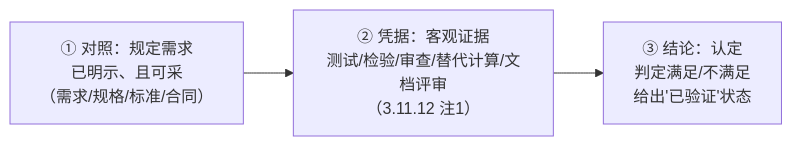
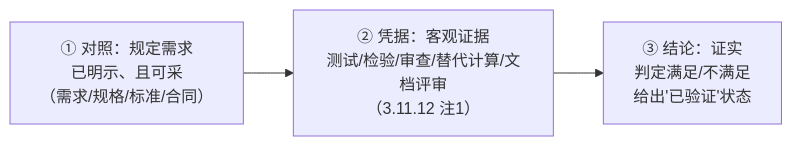
Diagram 20 of 21 in 100-subprojects/01-系统工程研究/00-系统工程相关研究报告/03-评审概念研究报告-从评审定义到需求管理.md (Yongjunzhou/AOS-system-design), drawn with Mermaid before and after one commit. The commit also changed other lines of this file and 11 other files, not shown here.

````diff
--- a/100-subprojects/01-系统工程研究/00-系统工程相关研究报告/03-评审概念研究报告-从评审定义到需求管理.md
+++ b/100-subprojects/01-系统工程研究/00-系统工程相关研究报告/03-评审概念研究报告-从评审定义到需求管理.md
@@ -811,4 +812,4 @@
 ```mermaid
 flowchart LR
-    A["① 对照：规定需求<br/>已明示、且可采<br/>（需求/规格/标准/合同）"] --> B["② 凭据：客观证据<br/>测试/检验/审查/替代计算/文档评审<br/>（3.11.12 注1）"] --> C["③ 结论：认定<br/>判定满足/不满足<br/>给出'已验证'状态"]
+    A["① 对照：规定需求<br/>已明示、且可采<br/>（需求/规格/标准/合同）"] --> B["② 凭据：客观证据<br/>测试/检验/审查/替代计算/文档评审<br/>（3.11.12 注1）"] --> C["③ 结论：证实<br/>判定满足/不满足<br/>给出'已验证'状态"]
 ```
````
